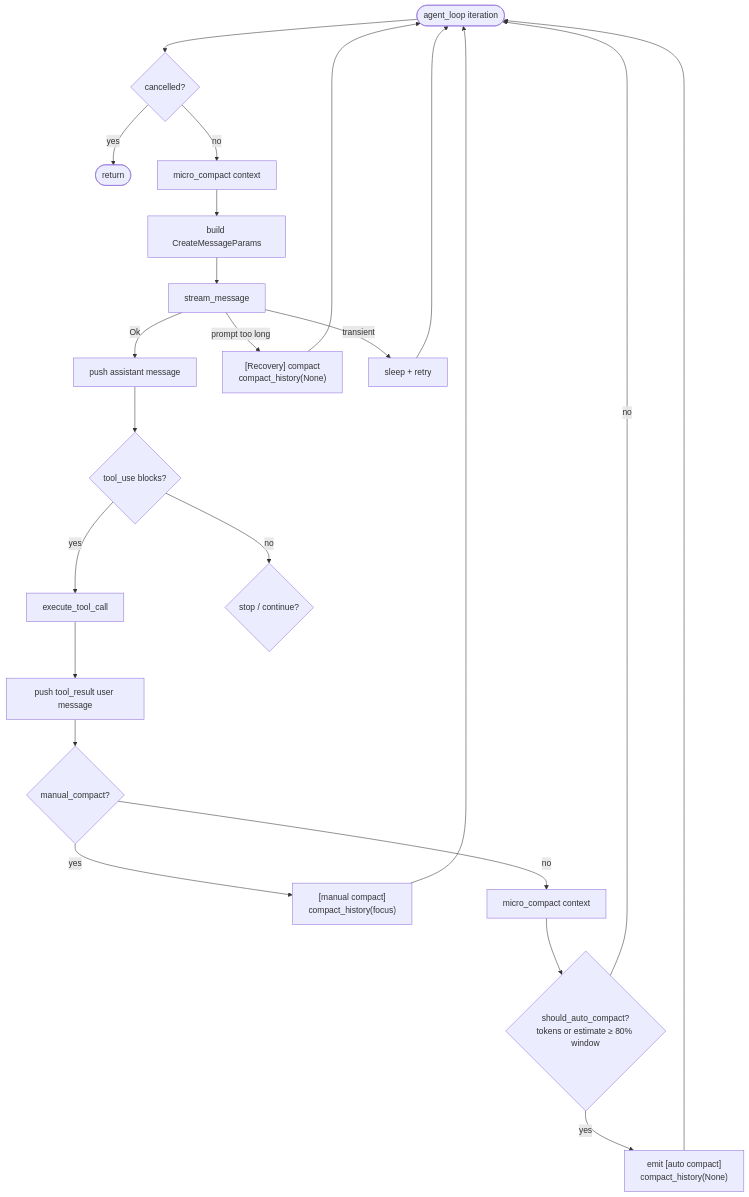
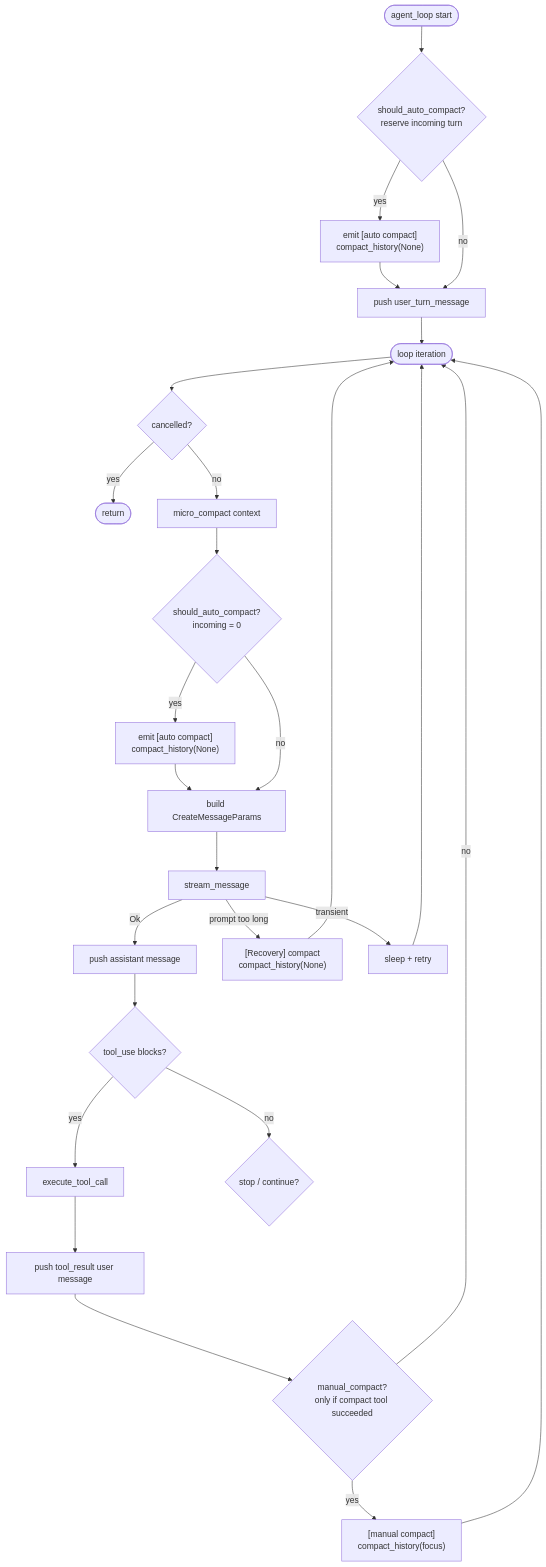
The third of 15 diagrams in book/05_chapter_compact.md (rust-infra/tact), drawn with Mermaid before and after one commit. The commit also changed other lines of this file and 21 other files, not shown here.

````diff
--- a/book/05_chapter_compact.md
+++ b/book/05_chapter_compact.md
@@ -84,25 +84,29 @@
 ```mermaid
 flowchart TD
-    Start([agent_loop iteration]) --> Cancel{cancelled?}
+    Entry([agent_loop start]) --> EntrySize{"should_auto_compact?<br/>reserve incoming turn"}
+    EntrySize -->|yes| EntryAuto["emit [auto compact]<br/>compact_history(None)"]
+    EntryAuto --> Push[push user_turn_message]
+    EntrySize -->|no| Push
+    Push --> Start([loop iteration])
+    Start --> Cancel{cancelled?}
     Cancel -->|yes| Exit([return])
     Cancel -->|no| MC[micro_compact context]
-    MC --> Build[build CreateMessageParams]
+    MC --> Size{"should_auto_compact?<br/>incoming = 0"}
+    Size -->|yes| Auto["emit [auto compact]<br/>compact_history(None)"]
+    Auto --> Build
+    Size -->|no| Build[build CreateMessageParams]
     Build --> Stream[stream_message]
     Stream -->|Ok| Assist[push assistant message]
     Stream -->|prompt too long| Rec["[Recovery] compact<br/>compact_history(None)"]
     Rec --> Start
     Stream -->|transient| Backoff[sleep + retry]
     Backoff --> Start
     Assist --> Tools{tool_use blocks?}
     Tools -->|yes| Exec[execute_tool_call]
     Exec --> Persist[push tool_result user message]
-    Persist --> Man{manual_compact?}
+    Persist --> Man{"manual_compact?<br/>only if compact tool succeeded"}
     Man -->|yes| MC2["[manual compact]<br/>compact_history(focus)"]
     MC2 --> Start
-    Man -->|no| MC3[micro_compact context]
-    MC3 --> Size{should_auto_compact?<br/>tokens or estimate ≥ 80% window}
-    Size -->|yes| Auto["emit [auto compact]<br/>compact_history(None)"]
-    Auto --> Start
-    Size -->|no| Start
+    Man -->|no| Start
     Tools -->|no| Done{stop / continue?}
 ```
````
